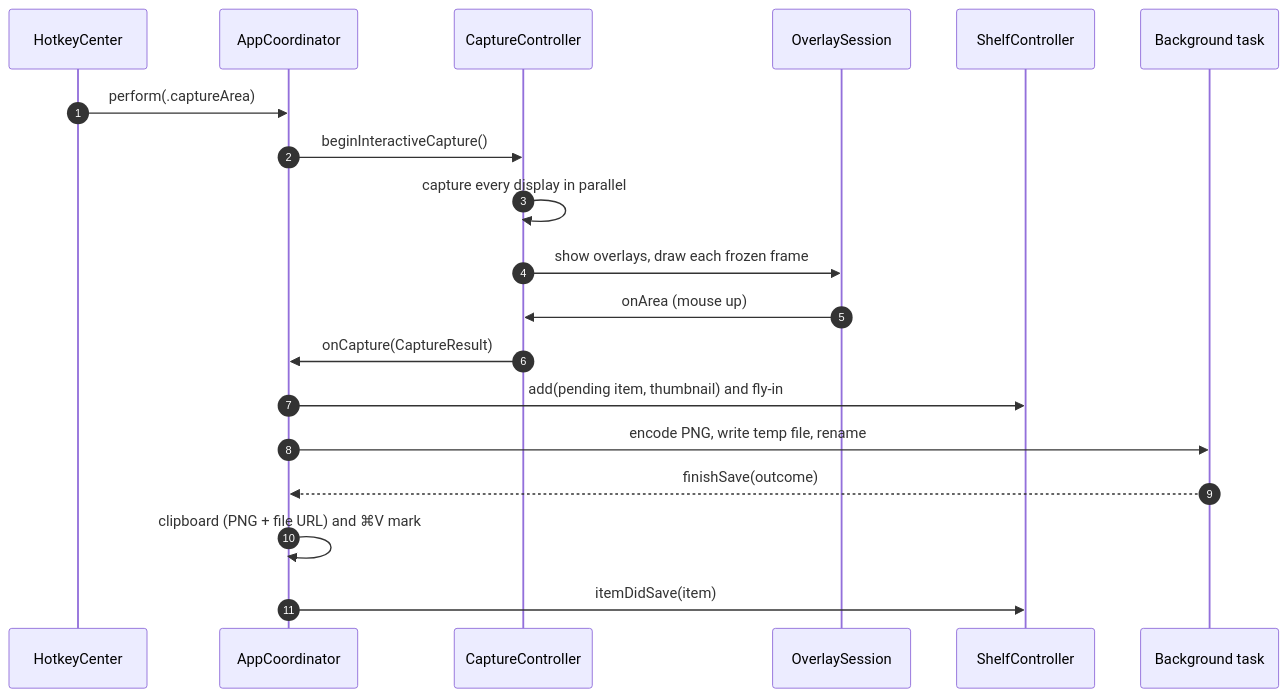
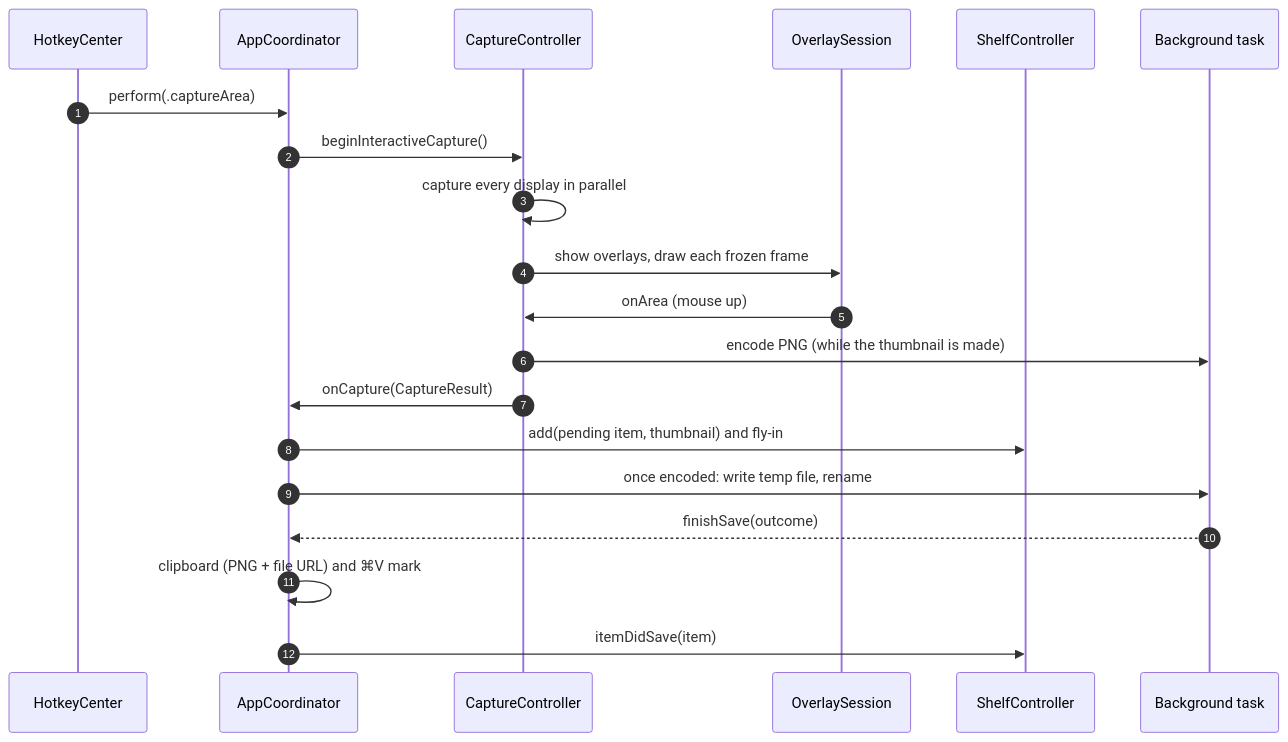
Before and after one commit to Jenish-Shobhit/margin: the second of 2 diagrams in docs/architecture.md, drawn with Mermaid. The commit also changed other lines of this file and 4 other files, not shown here.

First line of the commit message:
perf(save): start the PNG encode with the capture, alongside the thumbnail

````diff
--- a/docs/architecture.md
+++ b/docs/architecture.md
@@ -110,21 +111,22 @@
 ```mermaid
 sequenceDiagram
     autonumber
     participant HK as HotkeyCenter
     participant AC as AppCoordinator
     participant CC as CaptureController
     participant OS as OverlaySession
     participant SC as ShelfController
     participant BG as Background task
     HK->>AC: perform(.captureArea)
     AC->>CC: beginInteractiveCapture()
     CC->>CC: capture every display in parallel
     CC->>OS: show overlays, draw each frozen frame
     OS->>CC: onArea (mouse up)
+    CC->>BG: encode PNG (while the thumbnail is made)
     CC->>AC: onCapture(CaptureResult)
     AC->>SC: add(pending item, thumbnail) and fly-in
-    AC->>BG: encode PNG, write temp file, rename
+    AC->>BG: once encoded: write temp file, rename
     BG-->>AC: finishSave(outcome)
     AC->>AC: clipboard (PNG + file URL) and ⌘V mark
     AC->>SC: itemDidSave(item)
 ```
````
